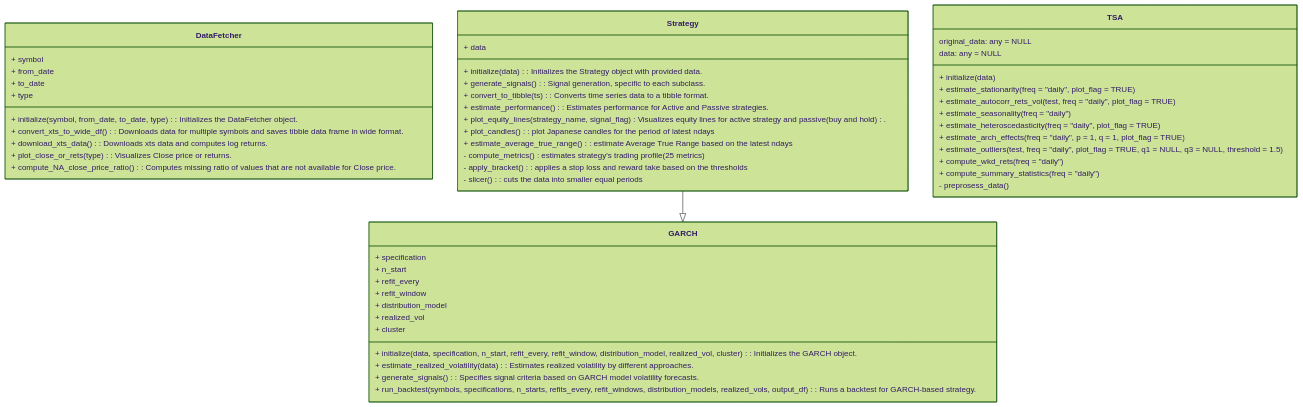
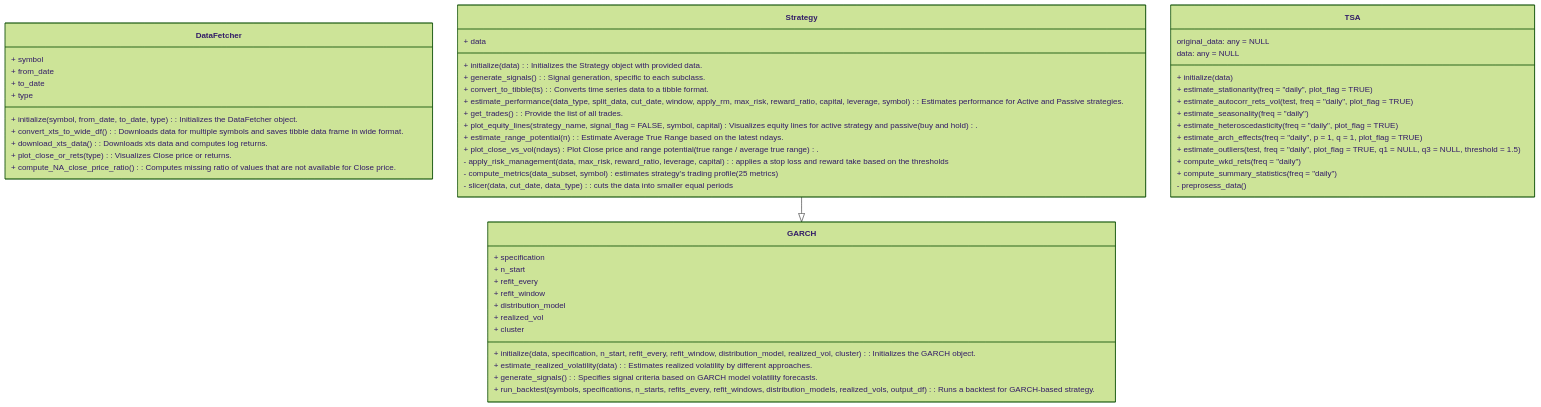
The second of 2 diagrams in README.md (kraif999/ATS), drawn with Mermaid (forest theme) before and after one commit. The commit also changed other lines of this file and 5 other files, not shown here.

````diff
--- a/README.md
+++ b/README.md
@@ -64,60 +64,61 @@
 ```mermaid
 classDiagram
 
    class DataFetcher {
         + symbol
         + from_date
         + to_date
         + type
         + initialize(symbol, from_date, to_date, type): Initializes the DataFetcher object.
         + convert_xts_to_wide_df(): Downloads data for multiple symbols and saves tibble data frame in wide format.
         + download_xts_data(): Downloads xts data and computes log returns.
         + plot_close_or_rets(type): Visualizes Close price or returns.
         + compute_NA_close_price_ratio(): Computes missing ratio of values that are not available for Close price.
     }
     class Strategy {
         + data
         + initialize(data) : Initializes the Strategy object with provided data.
         + generate_signals() : Signal generation, specific to each subclass.
         + convert_to_tibble(ts) : Converts time series data to a tibble format.
-        + estimate_performance() : Estimates performance for Active and Passive strategies.
-        + plot_equity_lines(strategy_name, signal_flag) : Visualizes equity lines for active strategy and passive (buy and hold).
-        + plot_candles() : plot Japanese candles for the period of latest ndays
-        + estimate_average_true_range() : estimate Average True Range based on the latest ndays
-        - compute_metrics() : estimates strategy's trading profile (25 metrics)
-        - apply_bracket() : applies a stop loss and reward take based on the thresholds
-        - slicer() : cuts the data into smaller equal periods
+        + estimate_performance(data_type, split_data, cut_date, window, apply_rm, max_risk, reward_ratio, capital, leverage, symbol) : Estimates performance for Active and Passive strategies.
+        + get_trades() : Provide the list of all trades.
+        + plot_equity_lines(strategy_name, signal_flag = FALSE, symbol, capital) : Visualizes equity lines for active strategy and passive (buy and hold).
+        + estimate_range_potential(n) : Estimate Average True Range based on the latest ndays.
+        + plot_close_vs_vol(ndays) : Plot Close price and range potential (true range / average true range).
+        - apply_risk_management(data, max_risk, reward_ratio, leverage, capital) : applies a stop loss and reward take based on the thresholds
+        - compute_metrics(data_subset, symbol) : estimates strategy's trading profile (25 metrics)
+        - slicer(data, cut_date, data_type) : cuts the data into smaller equal periods
     }
 
     class TSA {
         original_data: any = NULL
         data: any = NULL
         + initialize(data)
         + estimate_stationarity(freq = "daily", plot_flag = TRUE)
         + estimate_autocorr_rets_vol(test, freq = "daily", plot_flag = TRUE)
         + estimate_seasonality(freq = "daily")
         + estimate_heteroscedasticity(freq = "daily", plot_flag = TRUE)
         + estimate_arch_effects(freq = "daily", p = 1, q = 1, plot_flag = TRUE)
         + estimate_outliers(test, freq = "daily", plot_flag = TRUE, q1 = NULL, q3 = NULL, threshold = 1.5)
         + compute_wkd_rets(freq = "daily")
         + compute_summary_statistics(freq = "daily")
         - preprosess_data()
     }
 
     class GARCH {
         + specification
         + n_start
         + refit_every
         + refit_window
         + distribution_model
         + realized_vol
         + cluster
         + initialize(data, specification, n_start, refit_every, refit_window, distribution_model, realized_vol, cluster) : Initializes the GARCH object.
         + estimate_realized_volatility(data) : Estimates realized volatility by different approaches.
         + generate_signals() : Specifies signal criteria based on GARCH model volatility forecasts.
         + run_backtest(symbols, specifications, n_starts, refits_every, refit_windows, distribution_models, realized_vols, output_df) : Runs a backtest for GARCH-based strategy.
     }
 
     Strategy --|> GARCH
     
 ```
````
